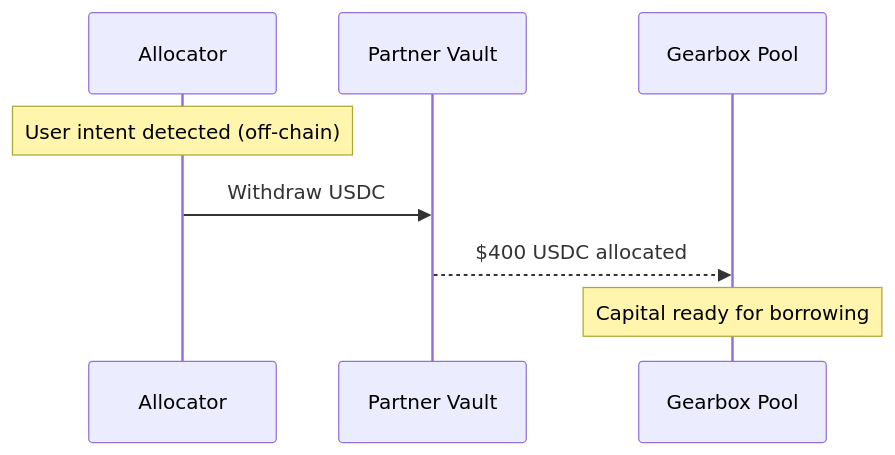
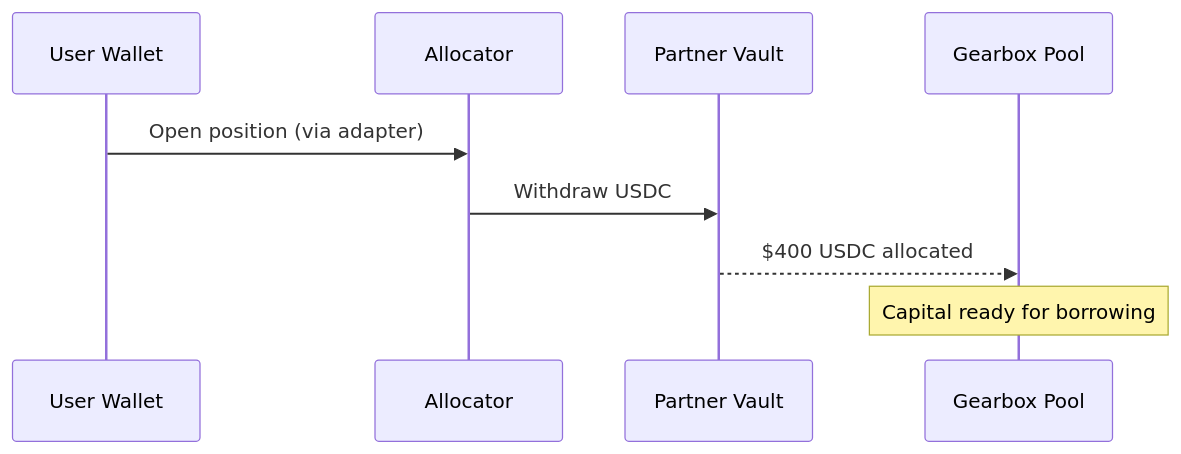
One commit to Gearbox-protocol/docs-knowledge changed the second of 10 diagrams in reference/usecase-faster-rwa-settlement-with-leverage.md. Above: the diagram before and after it, drawn with Mermaid. The commit also changed other lines of this file, not shown here.

First line of the commit message:
docs: fix Phase 1 diagrams — show actual tx call chain, not intent detection

````diff
--- a/reference/usecase-faster-rwa-settlement-with-leverage.md
+++ b/reference/usecase-faster-rwa-settlement-with-leverage.md
@@ -162,11 +162,12 @@
 ```mermaid
 sequenceDiagram
+    participant W as User Wallet
     participant A as Allocator
     participant PV as Partner Vault
     participant GP as Gearbox Pool
 
-    Note over A: User intent detected (off-chain)
+    W->>A: Open position (via adapter)
     A->>PV: Withdraw USDC
     PV-->>GP: $400 USDC allocated
     Note over GP: Capital ready for borrowing
 ```
````
